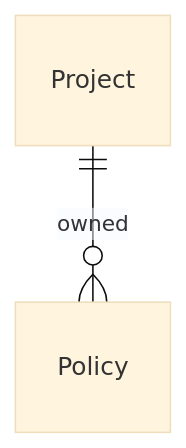
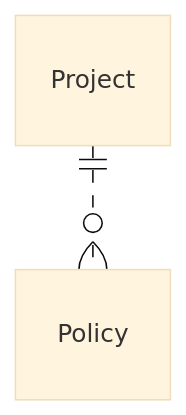
One commit to stacklok/modelith changed the third of 9 diagrams in docs/04-reading-the-diagrams.md. Above: the diagram before and after it, drawn with Mermaid (base theme). The commit also changed other lines of this file and 12 other files, not shown here.

````diff
--- a/docs/04-reading-the-diagrams.md
+++ b/docs/04-reading-the-diagrams.md
@@ -73,4 +78,4 @@
 ```mermaid
 erDiagram
-    Project ||--o{ Policy : "owned"
+    Project ||..o{ Policy : ""
 ```
````
